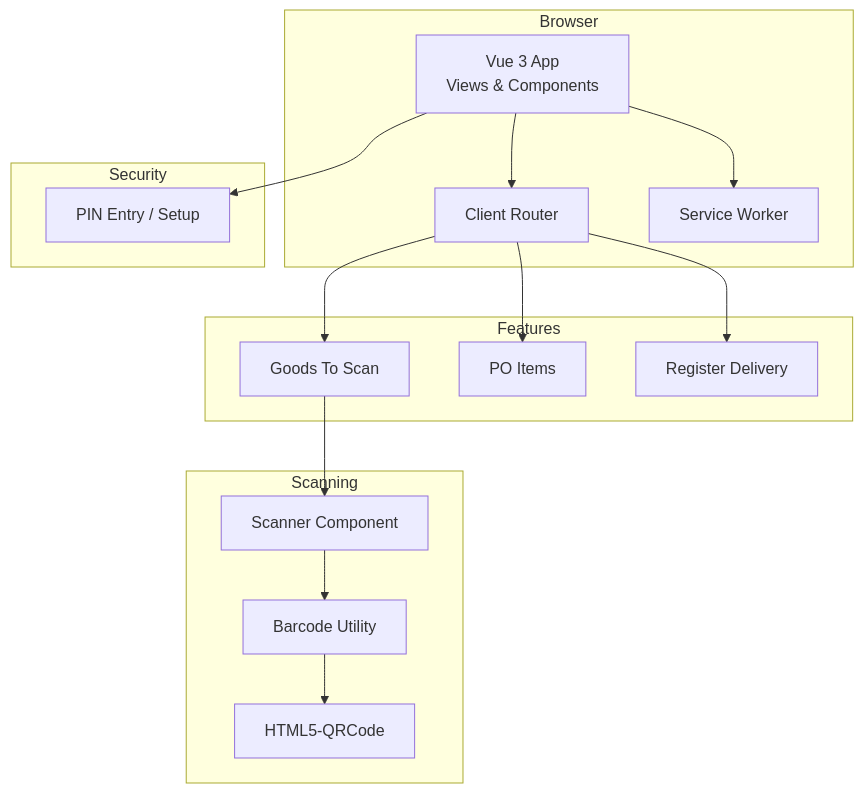
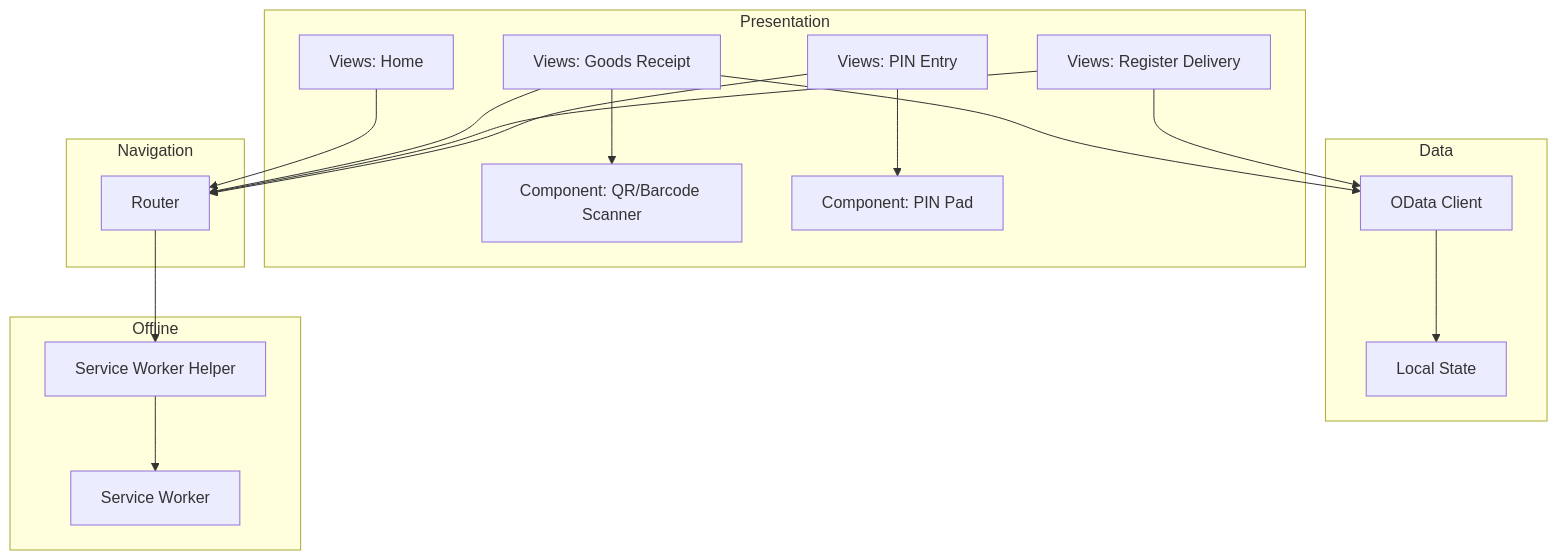
Before and after one commit to weiserman/ahm-gr-scanner-light-mode: the second of 6 diagrams in .qoder/repowiki/en/content/Project Overview.md, drawn with Mermaid. The commit also changed other lines of this file and 183 other files, not shown here.

````diff
--- a/.qoder/repowiki/en/content/Project Overview.md
+++ b/.qoder/repowiki/en/content/Project Overview.md
@@ -135,30 +156,33 @@
 ```mermaid
 graph TB
-subgraph "Browser"
-UI["Vue 3 App<br/>Views & Components"]
-Router["Client Router"]
+subgraph "Presentation"
+VHome["Views: Home"]
+VGR["Views: Goods Receipt"]
+VReg["Views: Register Delivery"]
+VPIN["Views: PIN Entry"]
+CompScan["Component: QR/Barcode Scanner"]
+CompPIN["Component: PIN Pad"]
+end
+subgraph "Navigation"
+Router["Router"]
+end
+subgraph "Data"
+OData["OData Client"]
+Store["Local State"]
+end
+subgraph "Offline"
+SWHelper["Service Worker Helper"]
 SW["Service Worker"]
 end
-subgraph "Scanning"
-ScannerComp["Scanner Component"]
-ScannerUtil["Barcode Utility"]
-HTML5QRC["HTML5-QRCode"]
-end
-subgraph "Security"
-PINEntry["PIN Entry / Setup"]
-end
-subgraph "Features"
-GoodsScan["Goods To Scan"]
-POItems["PO Items"]
-DeliveryReg["Register Delivery"]
-end
-UI --> Router
-Router --> GoodsScan
-Router --> POItems
-Router --> DeliveryReg
-GoodsScan --> ScannerComp
-ScannerComp --> ScannerUtil
-ScannerUtil --> HTML5QRC
-UI --> PINEntry
-UI --> SW
+VHome --> Router
+VGR --> Router
+VReg --> Router
+VPIN --> Router
+VGR --> CompScan
+VPIN --> CompPIN
+VGR --> OData
+VReg --> OData
+OData --> Store
+SWHelper --> SW
+Router --> SWHelper
 ```
````
